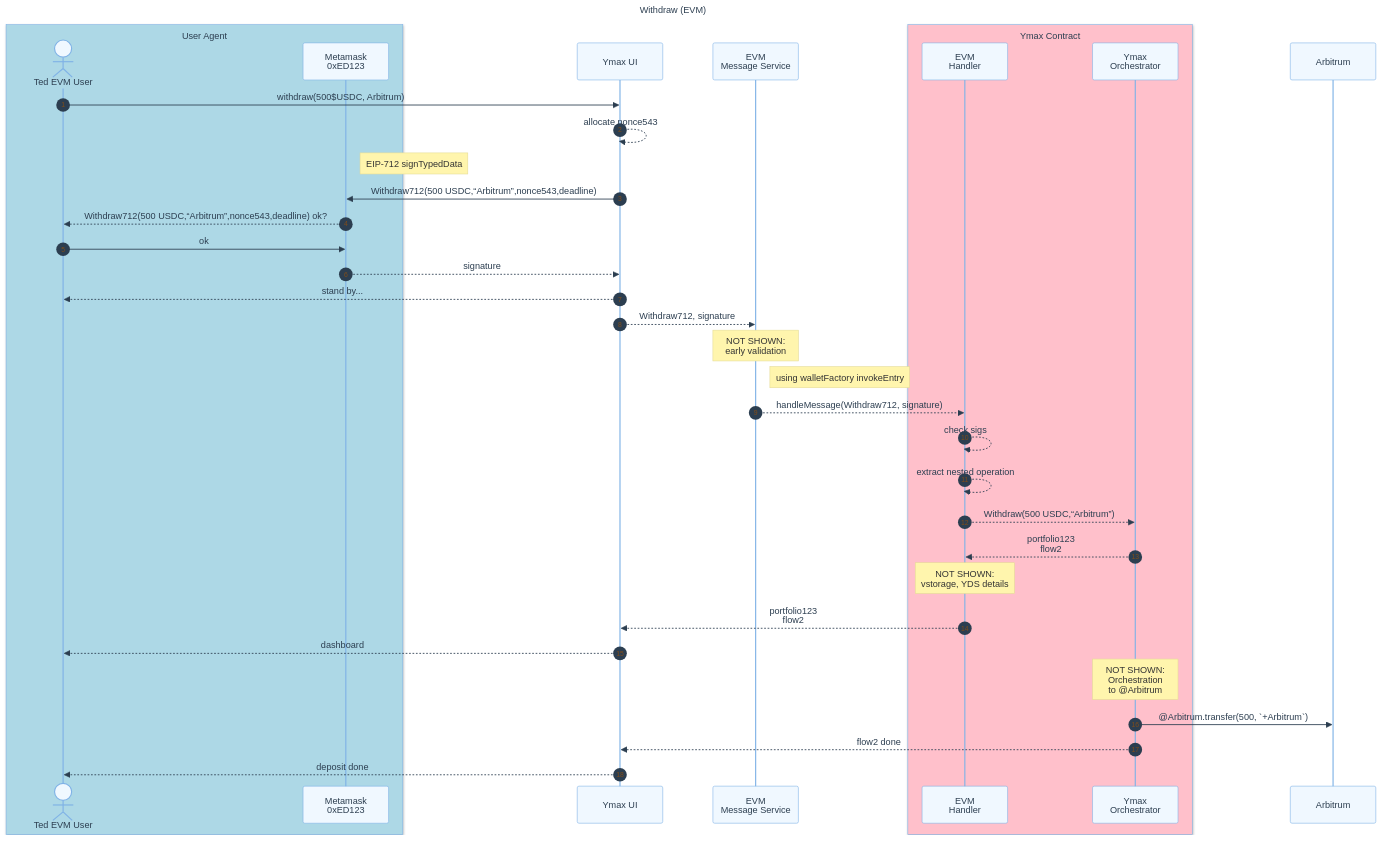
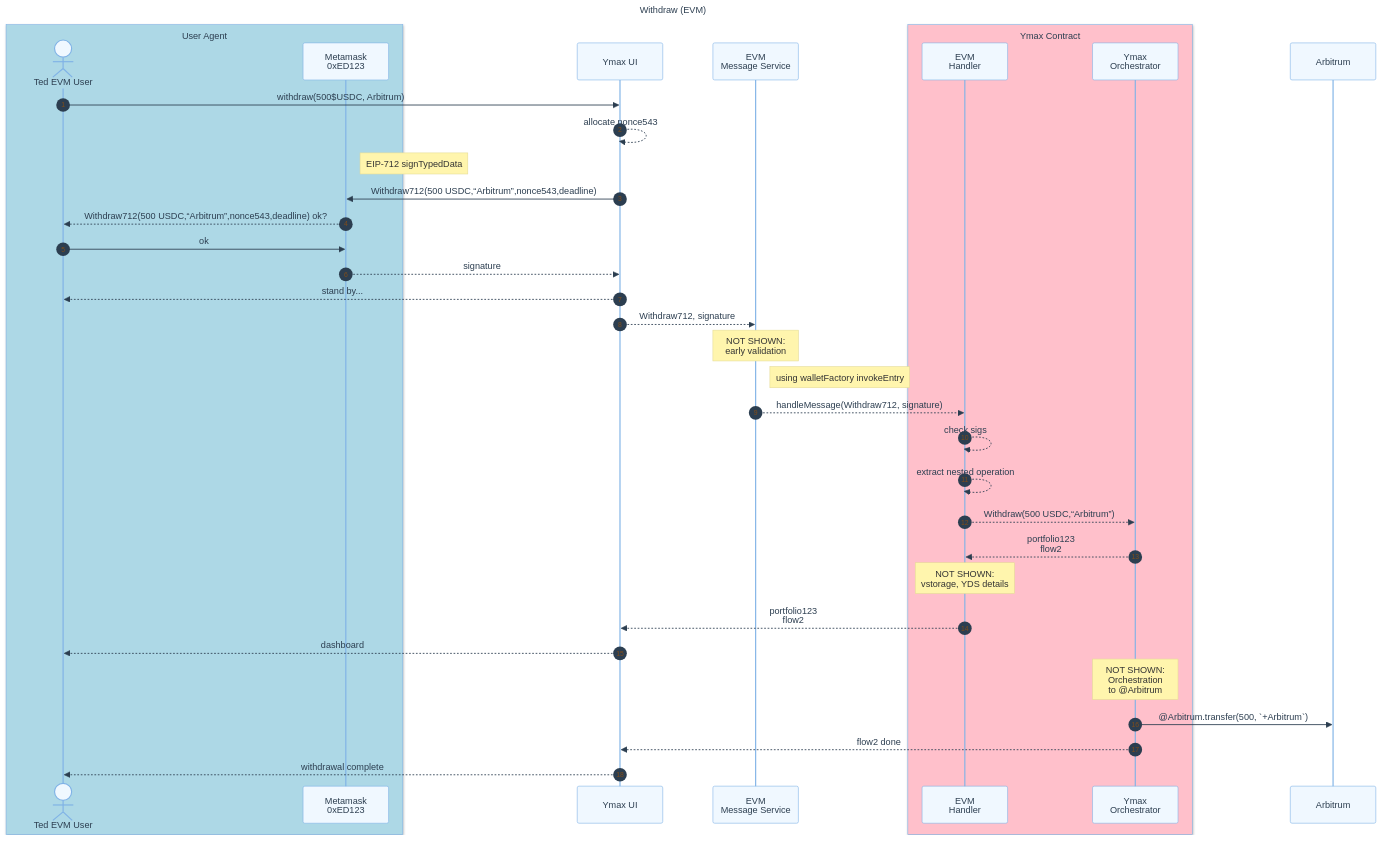
The fourth of 8 diagrams in packages/portfolio-contract/docs-design/evm-wallet.md (Agoric/agoric-sdk), drawn with Mermaid before and after one commit.

````diff
--- a/packages/portfolio-contract/docs-design/evm-wallet.md
+++ b/packages/portfolio-contract/docs-design/evm-wallet.md
@@ -187,52 +187,52 @@
 ```mermaid
 %%{init: {
   'theme': 'base',
   'themeVariables': {
     'primaryColor': '#f0f8ff',
     'primaryTextColor': '#2c3e50',
     'primaryBorderColor': '#7fb2e6',
     'lineColor': '#7fb2e6',
     'secondaryColor': '#f6f8fa',
     'tertiaryColor': '#fff5e6'
   }
 }}%%
 sequenceDiagram
   title Withdraw (EVM)
   autonumber
   box lightblue User Agent
     actor U as Ted EVM User
     participant MM as Metamask<br/>0xED123
   end
   participant D as Ymax UI
   participant EMS as EVM<br/> Message Service
   %% [Where it runs]
   box Pink Ymax Contract
     participant EMH as EVM<br/>Handler
     participant YC as Ymax<br/>Orchestrator
   end
   participant A as Arbitrum
   %% Notation: ->> for initial message, -->> for consequences
   U->>D: withdraw(500$USDC, Arbitrum)
   D-->>D: allocate nonce543
   note right of MM: EIP-712 signTypedData
   D->>MM: Withdraw712(500 USDC,“Arbitrum”,nonce543,deadline)
   MM-->>U: Withdraw712(500 USDC,“Arbitrum”,nonce543,deadline) ok?
   U->>MM: ok
   MM-->>D: signature
   D-->>U: stand by...
   D -->> EMS: Withdraw712, signature
   note over EMS: NOT SHOWN:<br/>early validation
   note right of EMS: using walletFactory invokeEntry
   EMS -->> EMH: handleMessage(Withdraw712, signature)
   EMH -->> EMH: check sigs
   EMH -->> EMH: extract nested operation
   EMH -->> YC: Withdraw(500 USDC,“Arbitrum”)
   YC -->> EMH: portfolio123<br/>flow2
   note over EMH: NOT SHOWN:<br/>vstorage, YDS details
   EMH -->> D: portfolio123<br/>flow2
   D -->> U: dashboard
   note over YC: NOT SHOWN:<br/>Orchestration<br/>to @Arbitrum
   YC->> A: @Arbitrum.transfer(500, `+Arbitrum`)
   YC-->> D: flow2 done
-  D -->> U: deposit done
+  D -->> U: withdrawal complete
 ```
````
